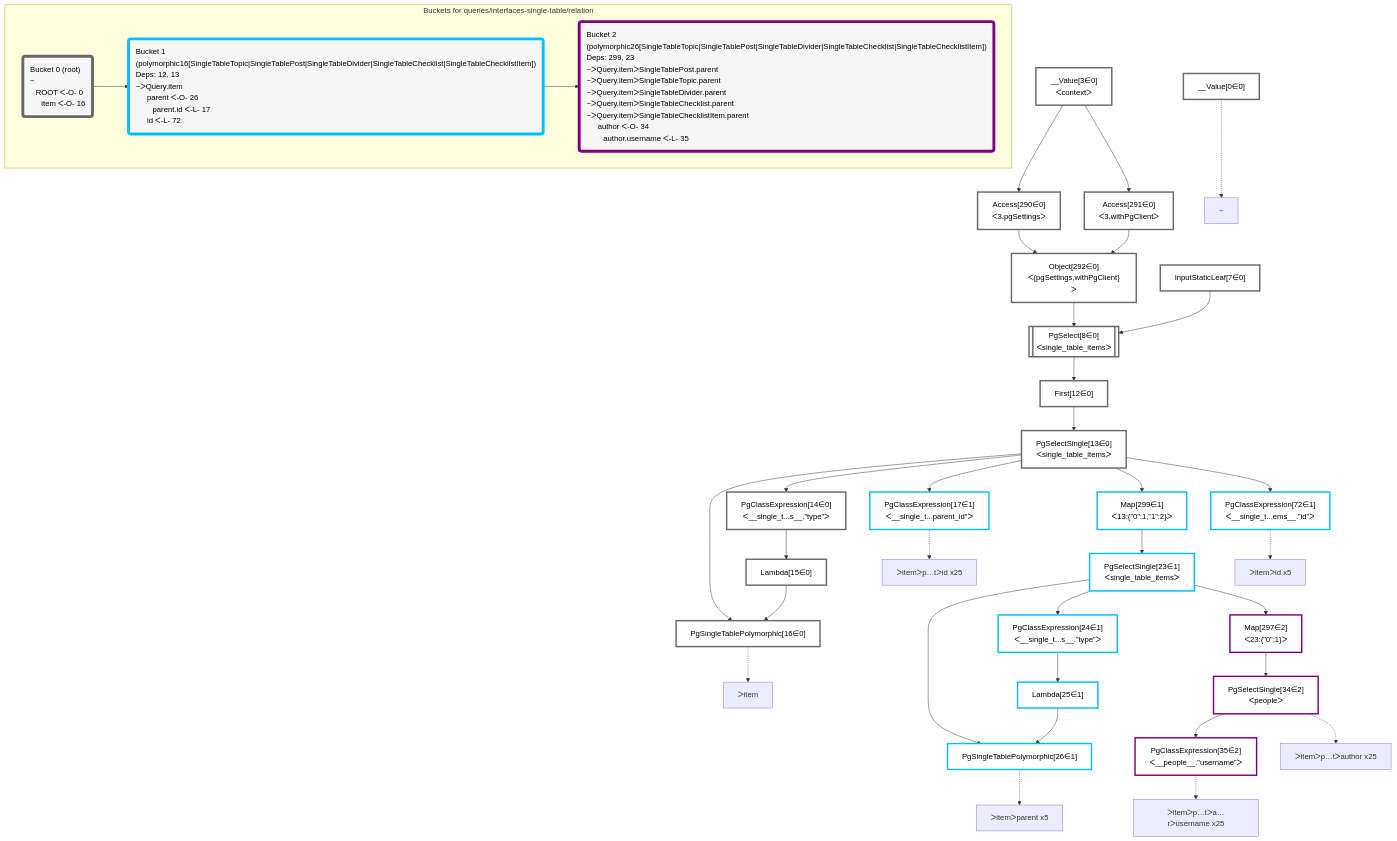
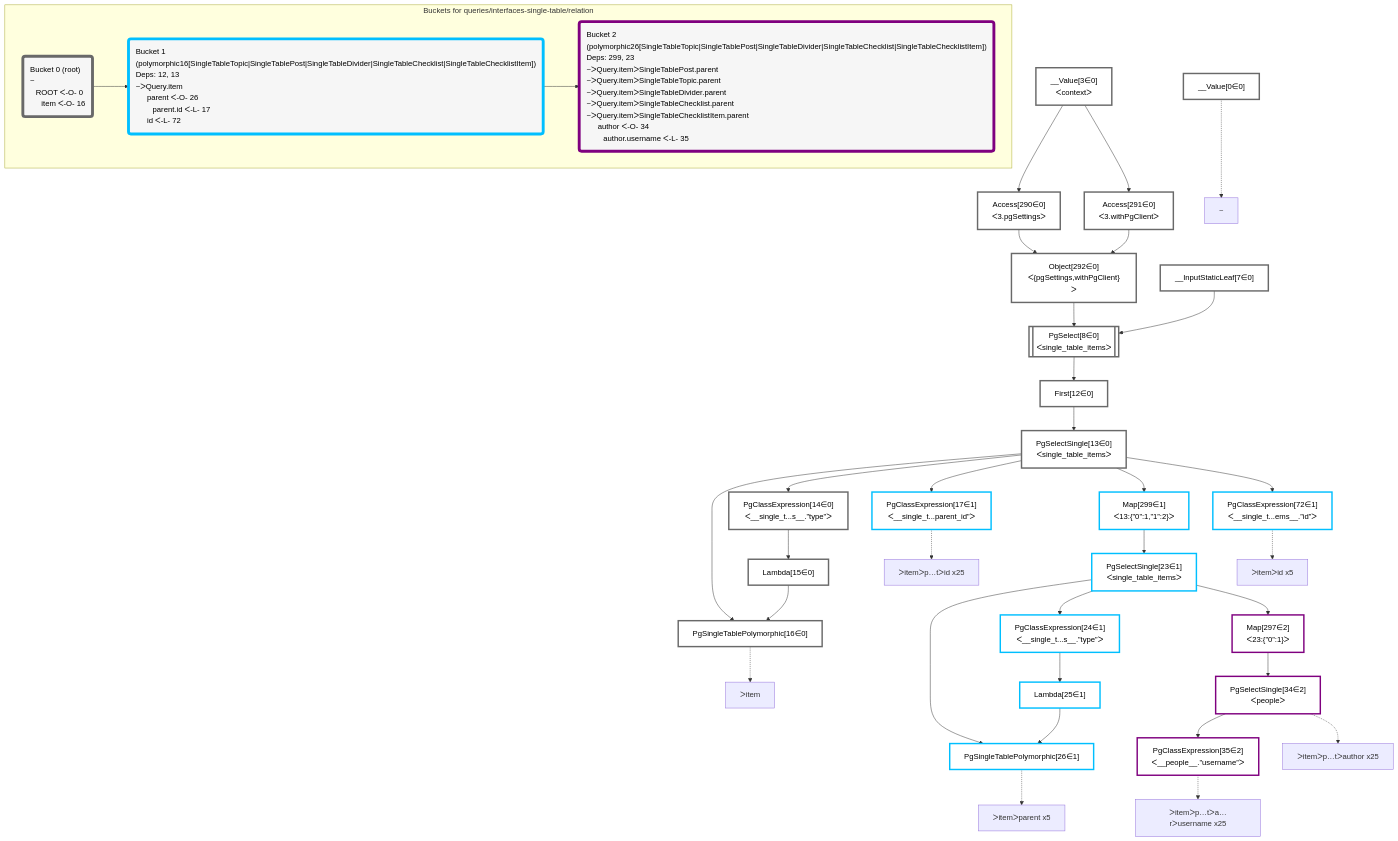
The diagram in packages/dataplan-pg/__tests__/queries/interfaces-single-table/relation.mermaid.md (graphile/crystal), drawn with Mermaid before and after one commit. The commit also changed 79 other files, not shown here.

```diff
--- a/packages/dataplan-pg/__tests__/queries/interfaces-single-table/relation.mermaid.md
+++ b/packages/dataplan-pg/__tests__/queries/interfaces-single-table/relation.mermaid.md
@@ -29,7 +29,7 @@
     Access290["Access[290∈0]<br />ᐸ3.pgSettingsᐳ"]:::plan
     Access291["Access[291∈0]<br />ᐸ3.withPgClientᐳ"]:::plan
     __Value3["__Value[3∈0]<br />ᐸcontextᐳ"]:::plan
-    InputStaticLeaf7["InputStaticLeaf[7∈0]"]:::plan
+    __InputStaticLeaf7["__InputStaticLeaf[7∈0]"]:::plan
 
     %% plan dependencies
     Lambda15 & PgSelectSingle13 --> PgSingleTablePolymorphic16
@@ -47,7 +47,7 @@
     PgSelectSingle13 --> PgClassExpression72
     First12 --> PgSelectSingle13
     PgSelect8 --> First12
-    Object292 & InputStaticLeaf7 --> PgSelect8
+    Object292 & __InputStaticLeaf7 --> PgSelect8
     Access290 & Access291 --> Object292
     __Value3 --> Access290
     __Value3 --> Access291
@@ -71,7 +71,7 @@
     subgraph "Buckets for queries/interfaces-single-table/relation"
     Bucket0("Bucket 0 (root)<br />~<br />⠀ROOT ᐸ-O- 0<br />⠀⠀item ᐸ-O- 16"):::bucket
     classDef bucket0 stroke:#696969
-    class Bucket0,__Value0,__Value3,InputStaticLeaf7,PgSelect8,First12,PgSelectSingle13,PgClassExpression14,Lambda15,PgSingleTablePolymorphic16,Access290,Access291,Object292 bucket0
+    class Bucket0,__Value0,__Value3,__InputStaticLeaf7,PgSelect8,First12,PgSelectSingle13,PgClassExpression14,Lambda15,PgSingleTablePolymorphic16,Access290,Access291,Object292 bucket0
     Bucket1("Bucket 1 (polymorphic16[SingleTableTopic|SingleTablePost|SingleTableDivider|SingleTableChecklist|SingleTableChecklistItem])<br />Deps: 12, 13<br />~ᐳQuery.item<br />⠀⠀parent ᐸ-O- 26<br />⠀⠀⠀parent.id ᐸ-L- 17<br />⠀⠀id ᐸ-L- 72"):::bucket
     classDef bucket1 stroke:#00bfff
     class Bucket1,PgClassExpression17,PgSelectSingle23,PgClassExpression24,Lambda25,PgSingleTablePolymorphic26,PgClassExpression72,Map299 bucket1
```
